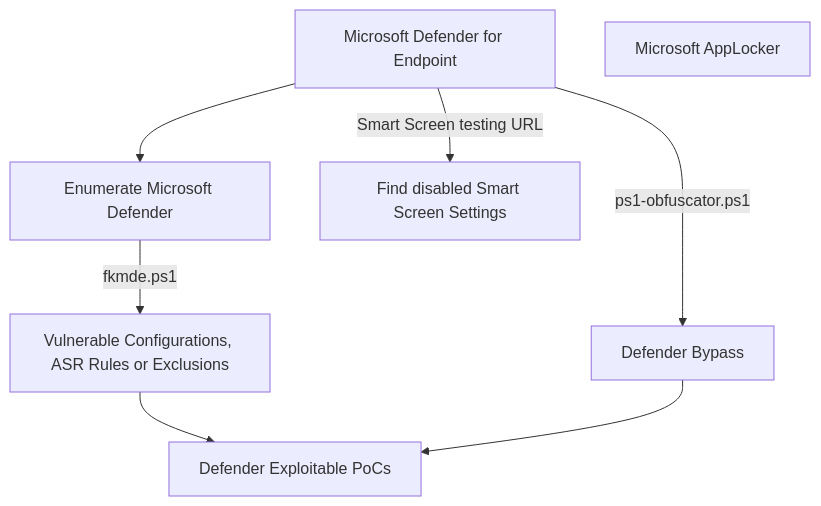
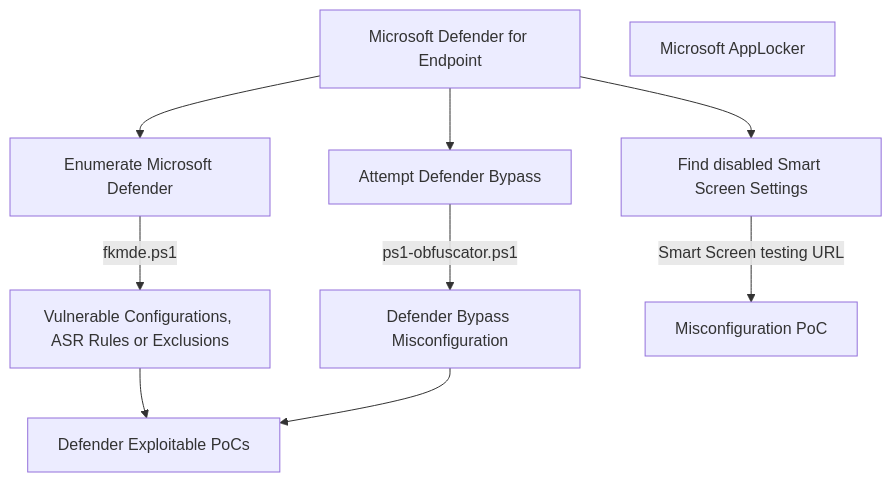
Before and after one commit to fkxdr/fkxdr-mindmaps: the diagram in README.md, drawn with Mermaid.

````diff
--- a/README.md
+++ b/README.md
@@ -7,14 +7,16 @@
 ```mermaid
 flowchart TD
     MDE[ Microsoft Defender for Endpoint ]
     MDE --> MDEENUM[ Enumerate Microsoft Defender ]
     MDEENUM --> | fkmde.ps1 | MDEVULN[ Vulnerable Configurations, ASR Rules or Exclusions ]
-    MDE --> | ps1-obfuscator.ps1 | MDEBPASS[ Defender Bypass ]
+    MDE --> MDEBPASS[ Attempt Defender Bypass ]
     
     MDEVULN --> MDEEXPL[ Defender Exploitable PoCs]
-    MDEBPASS --> MDEEXPL[ Defender Exploitable PoCs]
+    MDEBPASS --> | ps1-obfuscator.ps1 | MDEBYPASS[ Defender Bypass Misconfiguration]
+    MDEBYPASS --> MDEEXPL[ Defender Exploitable PoCs]
 
-    MDE --> | Smart Screen testing URL | MDESSCR[ Find disabled Smart Screen Settings ]
+    MDE --> MDESSCR[ Find disabled Smart Screen Settings ]
+    MDESSCR --> | Smart Screen testing URL | MDESSCR2[ Misconfiguration PoC ]
 
     APP[ Microsoft AppLocker ]
 ```
````
